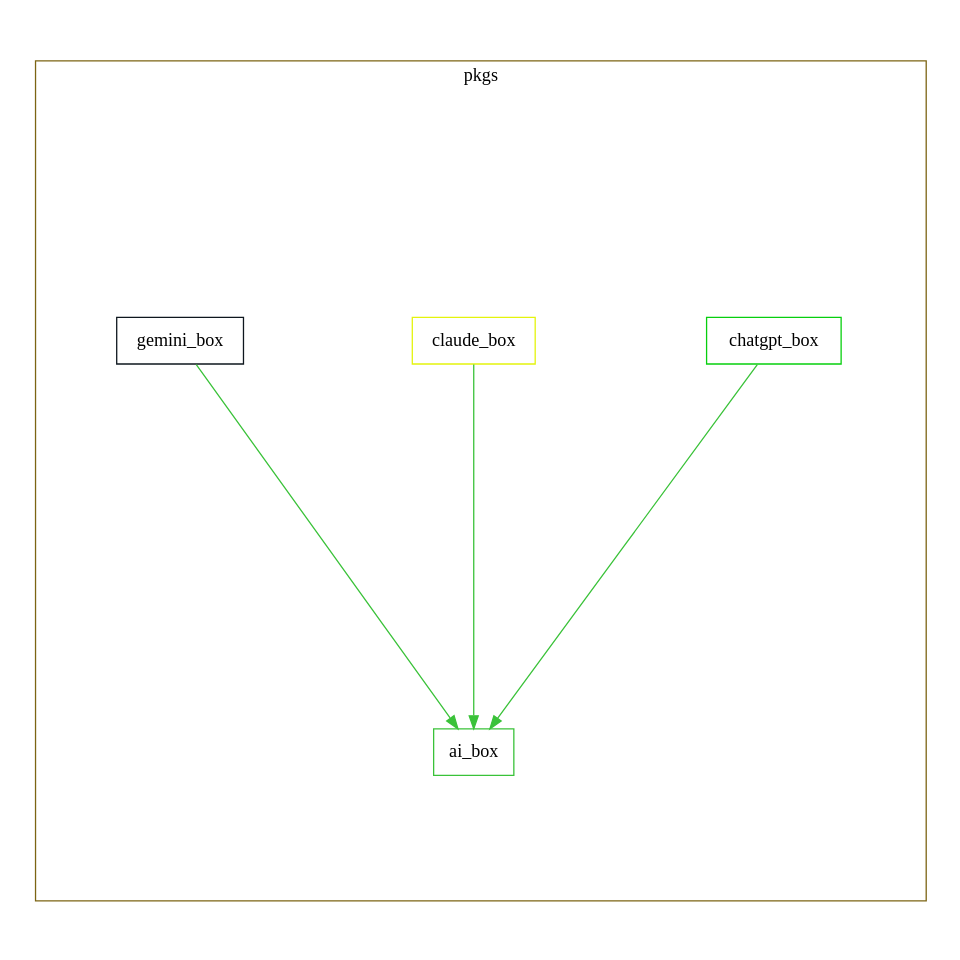
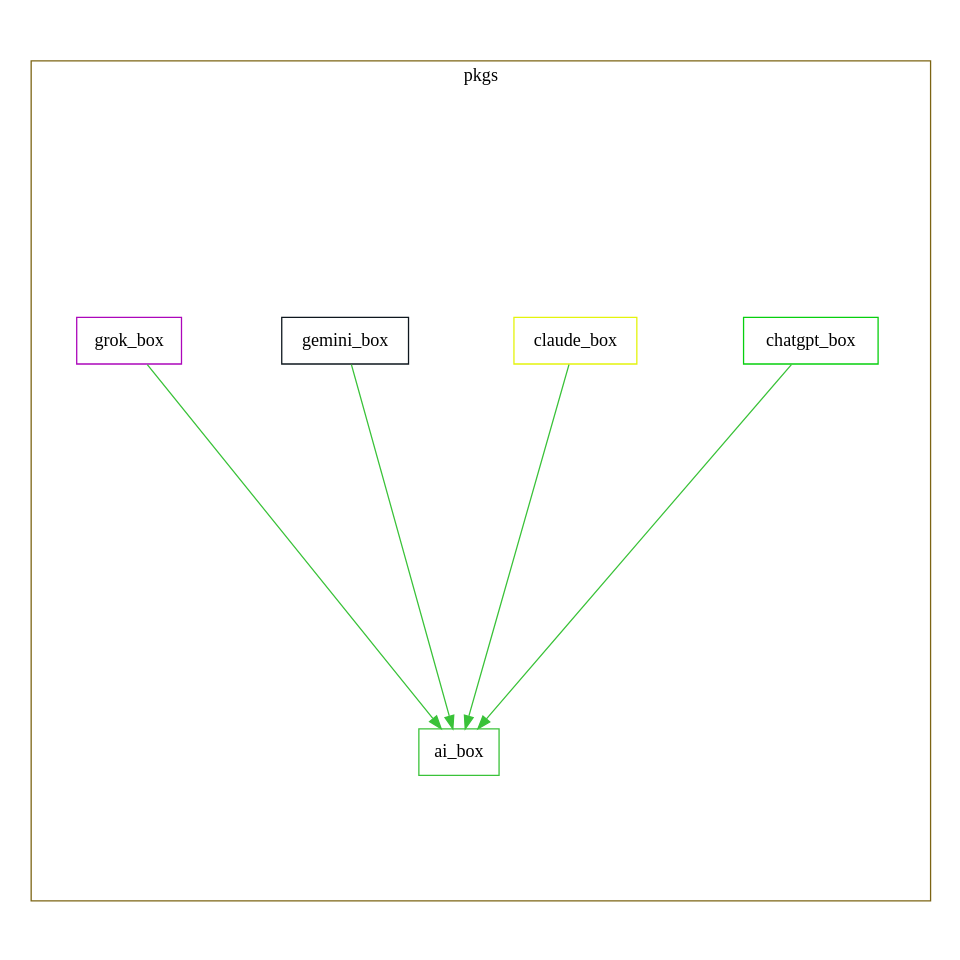
One commit to normidar/ai_box changed the diagram in gviz.dot. Above: the diagram before and after it, drawn with Graphviz. The commit also changed 38 other files, not shown here.

Commit message:
Enhance gviz.dot by adding grok_box visualization and updating package relationships to include grok_box in the cluster.

```diff
--- a/gviz.dot
+++ b/gviz.dot
@@ -1,18 +1,21 @@
 digraph packages {
   size="10"; ratio=fill;
   ai_box [shape="box"; color="#3ac239"];
   chatgpt_box [shape="box"; color="#07cf0e"];
   claude_box [shape="box"; color="#e4f40c"];
   gemini_box [shape="box"; color="#0e171e"];
+  grok_box [shape="box"; color="#ac07ba"];
   chatgpt_box -> ai_box [style="filled"; color="#3ac239"];
   claude_box -> ai_box [style="filled"; color="#3ac239"];
   gemini_box -> ai_box [style="filled"; color="#3ac239"];
+  grok_box -> ai_box [style="filled"; color="#3ac239"];
   subgraph "cluster pkgs" {
     label="pkgs";
     color="#7c6413";
     ai_box;
     chatgpt_box;
     claude_box;
     gemini_box;
+    grok_box;
   }
 }
```
